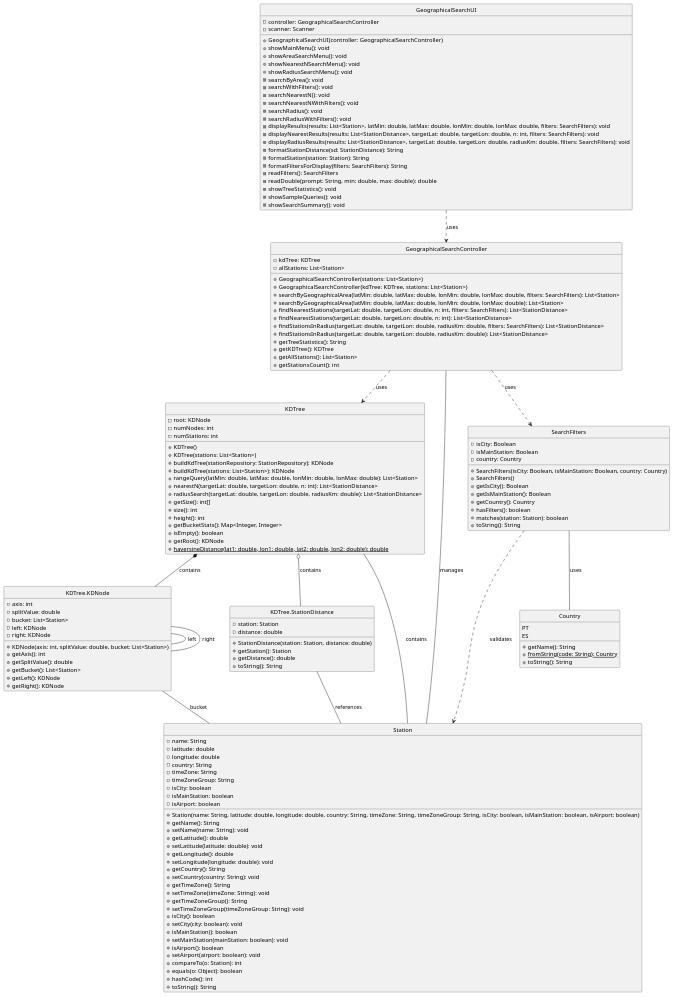
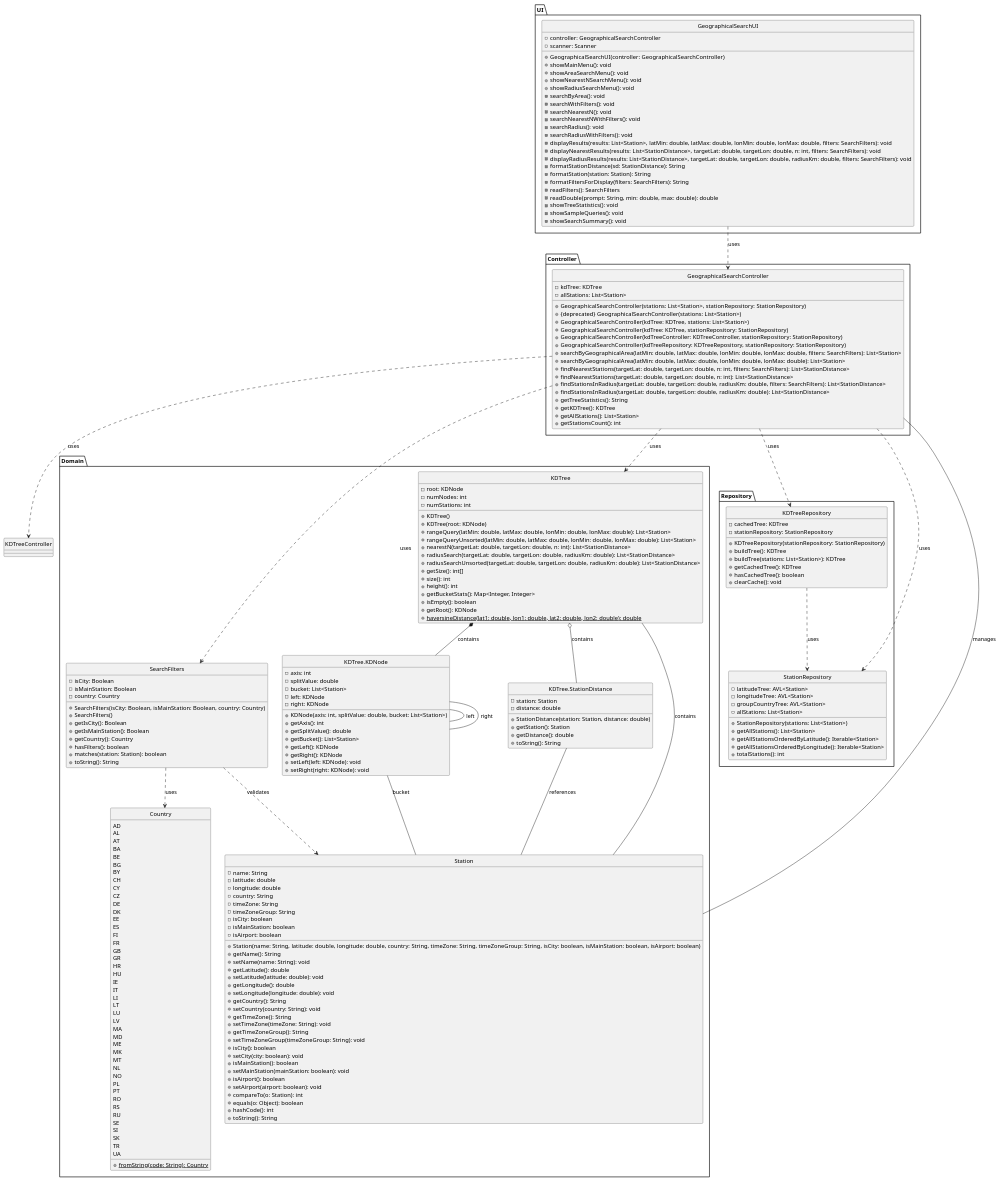
One commit to Andremonteiro1240850/RailwayNetwork changed the diagram in doc/USEI08/ClassDiagram.puml. Above: the diagram before and after it, drawn with PlantUML. The commit also changed 1 other file, not shown here.

Commit message:
CLASS DIAGRAM UPDATE USEI08 #22

```diff
--- a/doc/USEI08/ClassDiagram.puml
+++ b/doc/USEI08/ClassDiagram.puml
@@ -6,148 +6,224 @@
 'Baseado APENAS no código implementado
 'Seguindo as regras UML Class Diagrams
 
-class GeographicalSearchUI {
-    - controller: GeographicalSearchController
-    - scanner: Scanner
-    + GeographicalSearchUI(controller: GeographicalSearchController)
-    + showMainMenu(): void
-    + showAreaSearchMenu(): void
-    + showNearestNSearchMenu(): void
-    + showRadiusSearchMenu(): void
-    - searchByArea(): void
-    - searchWithFilters(): void
-    - searchNearestN(): void
-    - searchNearestNWithFilters(): void
-    - searchRadius(): void
-    - searchRadiusWithFilters(): void
-    - displayResults(results: List<Station>, latMin: double, latMax: double, lonMin: double, lonMax: double, filters: SearchFilters): void
-    - displayNearestResults(results: List<StationDistance>, targetLat: double, targetLon: double, n: int, filters: SearchFilters): void
-    - displayRadiusResults(results: List<StationDistance>, targetLat: double, targetLon: double, radiusKm: double, filters: SearchFilters): void
-    - formatStationDistance(sd: StationDistance): String
-    - formatStation(station: Station): String
-    - formatFiltersForDisplay(filters: SearchFilters): String
-    - readFilters(): SearchFilters
-    - readDouble(prompt: String, min: double, max: double): double
-    - showTreeStatistics(): void
-    - showSampleQueries(): void
-    - showSearchSummary(): void
+package "UI" {
+    class GeographicalSearchUI {
+        - controller: GeographicalSearchController
+        - scanner: Scanner
+        + GeographicalSearchUI(controller: GeographicalSearchController)
+        + showMainMenu(): void
+        + showAreaSearchMenu(): void
+        + showNearestNSearchMenu(): void
+        + showRadiusSearchMenu(): void
+        - searchByArea(): void
+        - searchWithFilters(): void
+        - searchNearestN(): void
+        - searchNearestNWithFilters(): void
+        - searchRadius(): void
+        - searchRadiusWithFilters(): void
+        - displayResults(results: List<Station>, latMin: double, latMax: double, lonMin: double, lonMax: double, filters: SearchFilters): void
+        - displayNearestResults(results: List<StationDistance>, targetLat: double, targetLon: double, n: int, filters: SearchFilters): void
+        - displayRadiusResults(results: List<StationDistance>, targetLat: double, targetLon: double, radiusKm: double, filters: SearchFilters): void
+        - formatStationDistance(sd: StationDistance): String
+        - formatStation(station: Station): String
+        - formatFiltersForDisplay(filters: SearchFilters): String
+        - readFilters(): SearchFilters
+        - readDouble(prompt: String, min: double, max: double): double
+        - showTreeStatistics(): void
+        - showSampleQueries(): void
+        - showSearchSummary(): void
+    }
 }
 
-class GeographicalSearchController {
-    - kdTree: KDTree
-    - allStations: List<Station>
-    + GeographicalSearchController(stations: List<Station>)
-    + GeographicalSearchController(kdTree: KDTree, stations: List<Station>)
-    + searchByGeographicalArea(latMin: double, latMax: double, lonMin: double, lonMax: double, filters: SearchFilters): List<Station>
-    + searchByGeographicalArea(latMin: double, latMax: double, lonMin: double, lonMax: double): List<Station>
-    + findNearestStations(targetLat: double, targetLon: double, n: int, filters: SearchFilters): List<StationDistance>
-    + findNearestStations(targetLat: double, targetLon: double, n: int): List<StationDistance>
-    + findStationsInRadius(targetLat: double, targetLon: double, radiusKm: double, filters: SearchFilters): List<StationDistance>
-    + findStationsInRadius(targetLat: double, targetLon: double, radiusKm: double): List<StationDistance>
-    + getTreeStatistics(): String
-    + getKDTree(): KDTree
-    + getAllStations(): List<Station>
-    + getStationsCount(): int
+package "Controller" {
+    class GeographicalSearchController {
+        - kdTree: KDTree
+        - allStations: List<Station>
+        + GeographicalSearchController(stations: List<Station>, stationRepository: StationRepository)
+        + {deprecated} GeographicalSearchController(stations: List<Station>)
+        + GeographicalSearchController(kdTree: KDTree, stations: List<Station>)
+        + GeographicalSearchController(kdTree: KDTree, stationRepository: StationRepository)
+        + GeographicalSearchController(kdTreeController: KDTreeController, stationRepository: StationRepository)
+        + GeographicalSearchController(kdTreeRepository: KDTreeRepository, stationRepository: StationRepository)
+        + searchByGeographicalArea(latMin: double, latMax: double, lonMin: double, lonMax: double, filters: SearchFilters): List<Station>
+        + searchByGeographicalArea(latMin: double, latMax: double, lonMin: double, lonMax: double): List<Station>
+        + findNearestStations(targetLat: double, targetLon: double, n: int, filters: SearchFilters): List<StationDistance>
+        + findNearestStations(targetLat: double, targetLon: double, n: int): List<StationDistance>
+        + findStationsInRadius(targetLat: double, targetLon: double, radiusKm: double, filters: SearchFilters): List<StationDistance>
+        + findStationsInRadius(targetLat: double, targetLon: double, radiusKm: double): List<StationDistance>
+        + getTreeStatistics(): String
+        + getKDTree(): KDTree
+        + getAllStations(): List<Station>
+        + getStationsCount(): int
+    }
 }
 
-class KDTree {
-    - root: KDNode
-    - numNodes: int
-    - numStations: int
-    + KDTree()
-    + KDTree(stations: List<Station>)
-    + buildKdTree(stationRepository: StationRepository): KDNode
-    + buildKdTree(stations: List<Station>): KDNode
-    + rangeQuery(latMin: double, latMax: double, lonMin: double, lonMax: double): List<Station>
-    + nearestN(targetLat: double, targetLon: double, n: int): List<StationDistance>
-    + radiusSearch(targetLat: double, targetLon: double, radiusKm: double): List<StationDistance>
-    + getSize(): int[]
-    + size(): int
-    + height(): int
-    + getBucketStats(): Map<Integer, Integer>
-    + isEmpty(): boolean
-    + getRoot(): KDNode
-    + {static} haversineDistance(lat1: double, lon1: double, lat2: double, lon2: double): double
+package "Domain" {
+    class KDTree {
+        - root: KDNode
+        - numNodes: int
+        - numStations: int
+        + KDTree()
+        + KDTree(root: KDNode)
+        + rangeQuery(latMin: double, latMax: double, lonMin: double, lonMax: double): List<Station>
+        + rangeQueryUnsorted(latMin: double, latMax: double, lonMin: double, lonMax: double): List<Station>
+        + nearestN(targetLat: double, targetLon: double, n: int): List<StationDistance>
+        + radiusSearch(targetLat: double, targetLon: double, radiusKm: double): List<StationDistance>
+        + radiusSearchUnsorted(targetLat: double, targetLon: double, radiusKm: double): List<StationDistance>
+        + getSize(): int[]
+        + size(): int
+        + height(): int
+        + getBucketStats(): Map<Integer, Integer>
+        + isEmpty(): boolean
+        + getRoot(): KDNode
+        + {static} haversineDistance(lat1: double, lon1: double, lat2: double, lon2: double): double
+    }
+
+    class "KDTree.KDNode" as KDNode {
+        - axis: int
+        - splitValue: double
+        - bucket: List<Station>
+        - left: KDNode
+        - right: KDNode
+        + KDNode(axis: int, splitValue: double, bucket: List<Station>)
+        + getAxis(): int
+        + getSplitValue(): double
+        + getBucket(): List<Station>
+        + getLeft(): KDNode
+        + getRight(): KDNode
+        + setLeft(left: KDNode): void
+        + setRight(right: KDNode): void
+    }
+
+    class "KDTree.StationDistance" as StationDistance {
+        - station: Station
+        - distance: double
+        + StationDistance(station: Station, distance: double)
+        + getStation(): Station
+        + getDistance(): double
+        + toString(): String
+    }
+
+    class Station {
+        - name: String
+        - latitude: double
+        - longitude: double
+        - country: String
+        - timeZone: String
+        - timeZoneGroup: String
+        - isCity: boolean
+        - isMainStation: boolean
+        - isAirport: boolean
+        + Station(name: String, latitude: double, longitude: double, country: String, timeZone: String, timeZoneGroup: String, isCity: boolean, isMainStation: boolean, isAirport: boolean)
+        + getName(): String
+        + setName(name: String): void
+        + getLatitude(): double
+        + setLatitude(latitude: double): void
+        + getLongitude(): double
+        + setLongitude(longitude: double): void
+        + getCountry(): String
+        + setCountry(country: String): void
+        + getTimeZone(): String
+        + setTimeZone(timeZone: String): void
+        + getTimeZoneGroup(): String
+        + setTimeZoneGroup(timeZoneGroup: String): void
+        + isCity(): boolean
+        + setCity(city: boolean): void
+        + isMainStation(): boolean
+        + setMainStation(mainStation: boolean): void
+        + isAirport(): boolean
+        + setAirport(airport: boolean): void
+        + compareTo(o: Station): int
+        + equals(o: Object): boolean
+        + hashCode(): int
+        + toString(): String
+    }
+
+    class SearchFilters {
+        - isCity: Boolean
+        - isMainStation: Boolean
+        - country: Country
+        + SearchFilters(isCity: Boolean, isMainStation: Boolean, country: Country)
+        + SearchFilters()
+        + getIsCity(): Boolean
+        + getIsMainStation(): Boolean
+        + getCountry(): Country
+        + hasFilters(): boolean
+        + matches(station: Station): boolean
+        + toString(): String
+    }
+
+    enum Country {
+        AD
+        AL
+        AT
+        BA
+        BE
+        BG
+        BY
+        CH
+        CY
+        CZ
+        DE
+        DK
+        EE
+        ES
+        FI
+        FR
+        GB
+        GR
+        HR
+        HU
+        IE
+        IT
+        LI
+        LT
+        LU
+        LV
+        MA
+        MD
+        ME
+        MK
+        MT
+        NL
+        NO
+        PL
+        PT
+        RO
+        RS
+        RU
+        SE
+        SI
+        SK
+        TR
+        UA
+        + {static} fromString(code: String): Country
+    }
 }
 
-class "KDTree.KDNode" as KDNode {
-    - axis: int
-    - splitValue: double
-    - bucket: List<Station>
-    - left: KDNode
-    - right: KDNode
-    + KDNode(axis: int, splitValue: double, bucket: List<Station>)
-    + getAxis(): int
-    + getSplitValue(): double
-    + getBucket(): List<Station>
-    + getLeft(): KDNode
-    + getRight(): KDNode
-}
+package "Repository" {
+    class KDTreeRepository {
+        - cachedTree: KDTree
+        - stationRepository: StationRepository
+        + KDTreeRepository(stationRepository: StationRepository)
+        + buildTree(): KDTree
+        + buildTree(stations: List<Station>): KDTree
+        + getCachedTree(): KDTree
+        + hasCachedTree(): boolean
+        + clearCache(): void
+    }
 
-class "KDTree.StationDistance" as StationDistance {
-    - station: Station
-    - distance: double
-    + StationDistance(station: Station, distance: double)
-    + getStation(): Station
-    + getDistance(): double
-    + toString(): String
-}
-
-class Station {
-    - name: String
-    - latitude: double
-    - longitude: double
-    - country: String
-    - timeZone: String
-    - timeZoneGroup: String
-    - isCity: boolean
-    - isMainStation: boolean
-    - isAirport: boolean
-    + Station(name: String, latitude: double, longitude: double, country: String, timeZone: String, timeZoneGroup: String, isCity: boolean, isMainStation: boolean, isAirport: boolean)
-    + getName(): String
-    + setName(name: String): void
-    + getLatitude(): double
-    + setLatitude(latitude: double): void
-    + getLongitude(): double
-    + setLongitude(longitude: double): void
-    + getCountry(): String
-    + setCountry(country: String): void
-    + getTimeZone(): String
-    + setTimeZone(timeZone: String): void
-    + getTimeZoneGroup(): String
-    + setTimeZoneGroup(timeZoneGroup: String): void
-    + isCity(): boolean
-    + setCity(city: boolean): void
-    + isMainStation(): boolean
-    + setMainStation(mainStation: boolean): void
-    + isAirport(): boolean
-    + setAirport(airport: boolean): void
-    + compareTo(o: Station): int
-    + equals(o: Object): boolean
-    + hashCode(): int
-    + toString(): String
-}
-
-class SearchFilters {
-    - isCity: Boolean
-    - isMainStation: Boolean
-    - country: Country
-    + SearchFilters(isCity: Boolean, isMainStation: Boolean, country: Country)
-    + SearchFilters()
-    + getIsCity(): Boolean
-    + getIsMainStation(): Boolean
-    + getCountry(): Country
-    + hasFilters(): boolean
-    + matches(station: Station): boolean
-    + toString(): String
-}
-
-enum Country {
-    PT
-    ES
-    + getName(): String
-    + {static} fromString(code: String): Country
-    + toString(): String
+    class StationRepository {
+        - latitudeTree: AVL<Station>
+        - longitudeTree: AVL<Station>
+        - groupCountryTree: AVL<Station>
+        - allStations: List<Station>
+        + StationRepository(stations: List<Station>)
+        + getAllStations(): List<Station>
+        + getAllStationsOrderedByLatitude(): Iterable<Station>
+        + getAllStationsOrderedByLongitude(): Iterable<Station>
+        + totalStations(): int
+    }
 }
 
 ' --- Relações UML Corretas ---
@@ -155,18 +231,20 @@
 GeographicalSearchUI ..> GeographicalSearchController : uses
 GeographicalSearchController ..> KDTree : uses
 GeographicalSearchController ..> SearchFilters : uses
+GeographicalSearchController ..> KDTreeRepository : uses
+GeographicalSearchController ..> StationRepository : uses
+GeographicalSearchController ..> KDTreeController : uses
 SearchFilters ..> Station : validates
+SearchFilters ..> Country : uses
+KDTreeRepository ..> StationRepository : uses
 
 ' Association: linha sólida (relação entre classes)
 GeographicalSearchController -- Station : manages
 KDTree -- Station : contains
 KDNode -- Station : bucket
 StationDistance -- Station : references
-SearchFilters -- Country : uses
 
 ' Self-reference: KDNode referencia outros KDNodes para formar a árvore binária
-' Cada KDNode pode ter 0 ou 1 filho esquerdo (left) e 0 ou 1 filho direito (right)
-' Nota: Um KDNode pode ter 0..1 filho left, e um KDNode pode ser filho left de 0..1 pai
 KDNode -- KDNode : left
 KDNode -- KDNode : right
 
```
